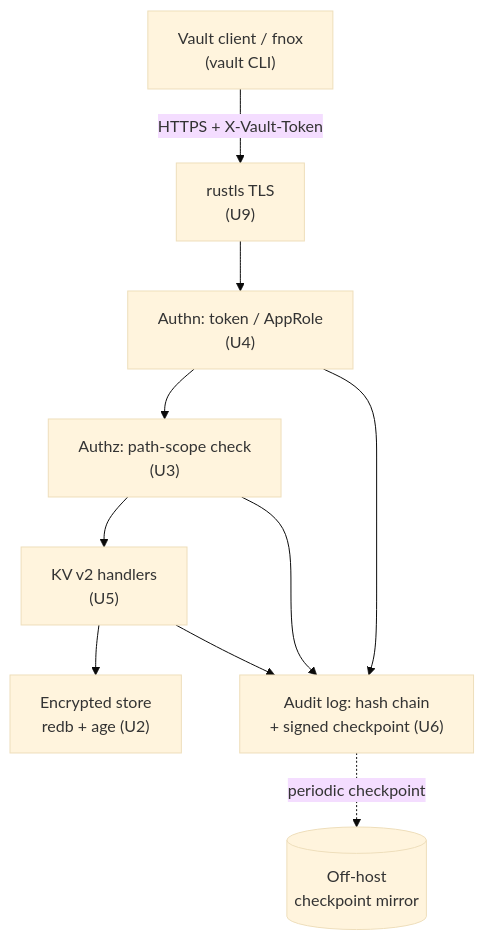
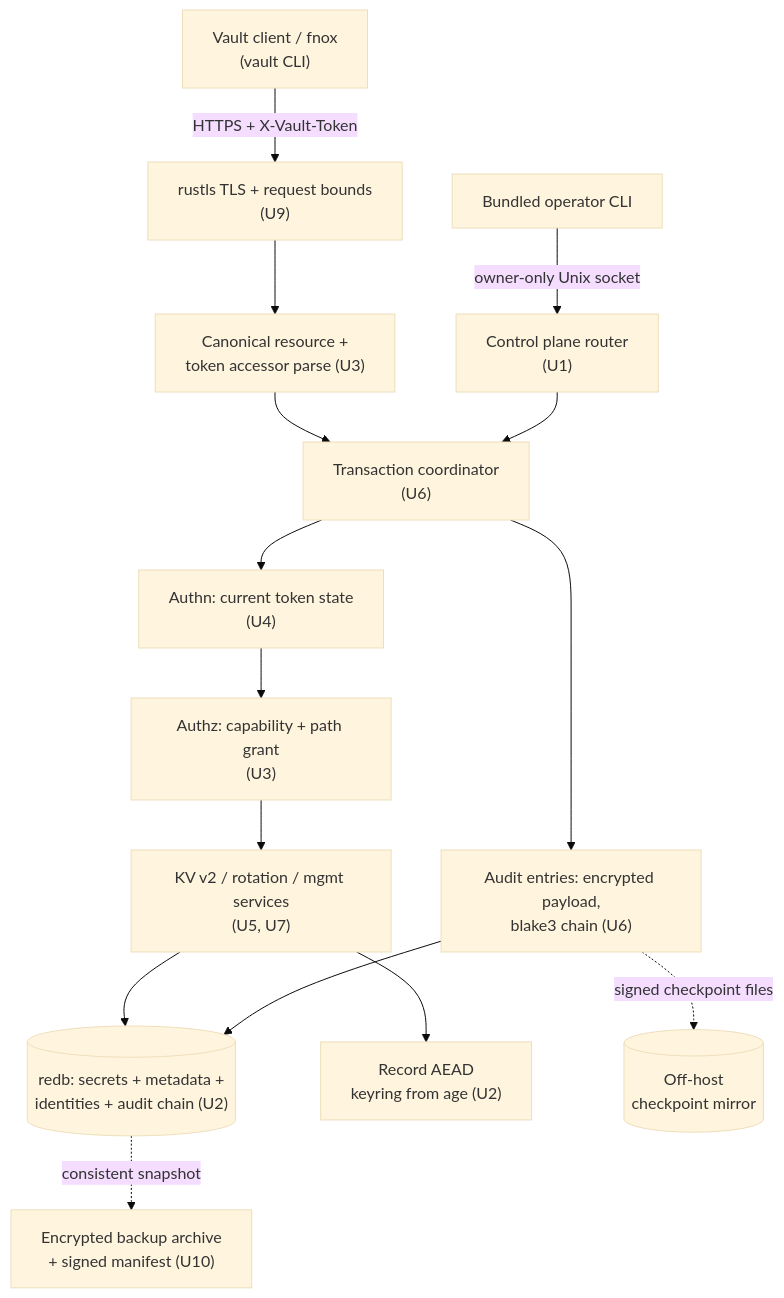
Before and after one commit to robertguss/ops-light-secrets-server: the second of 2 diagrams in docs/plans/2026-07-15-001-feat-ops-light-secrets-server-plan.md, drawn with Mermaid (base theme). The commit also changed other lines of this file, not shown here.

````diff
--- a/docs/plans/2026-07-15-001-feat-ops-light-secrets-server-plan.md
+++ b/docs/plans/2026-07-15-001-feat-ops-light-secrets-server-plan.md
@@ -601,12 +1042,17 @@
 ```mermaid
 flowchart TB
-  client["Vault client / fnox<br/>(vault CLI)"] -->|HTTPS + X-Vault-Token| tls["rustls TLS<br/>(U9)"]
-  tls --> authn["Authn: token / AppRole<br/>(U4)"]
-  authn --> authz["Authz: path-scope check<br/>(U3)"]
-  authz --> kv["KV v2 handlers<br/>(U5)"]
-  kv --> store["Encrypted store<br/>redb + age (U2)"]
-  authn --> audit["Audit log: hash chain<br/>+ signed checkpoint (U6)"]
-  authz --> audit
-  kv --> audit
-  audit -.->|periodic checkpoint| offhost[("Off-host<br/>checkpoint mirror")]
+  client["Vault client / fnox<br/>(vault CLI)"] -->|HTTPS + X-Vault-Token| tls["rustls TLS + request bounds<br/>(U9)"]
+  cli["Bundled operator CLI"] -->|owner-only Unix socket| control["Control plane router<br/>(U1)"]
+  tls --> parse["Canonical resource +<br/>token accessor parse (U3)"]
+  parse --> txn["Transaction coordinator<br/>(U6)"]
+  control --> txn
+  txn --> authn["Authn: current token state<br/>(U4)"]
+  authn --> authz["Authz: capability + path grant<br/>(U3)"]
+  authz --> kv["KV v2 / rotation / mgmt services<br/>(U5, U7)"]
+  kv --> store[("redb: secrets + metadata +<br/>identities + audit chain (U2)")]
+  kv --> crypto["Record AEAD<br/>keyring from age (U2)"]
+  txn --> audit["Audit entries: encrypted payload,<br/>blake3 chain (U6)"]
+  audit --> store
+  audit -.->|signed checkpoint files| offhost[("Off-host<br/>checkpoint mirror")]
+  store -.->|consistent snapshot| backup["Encrypted backup archive<br/>+ signed manifest (U10)"]
 ```
````
